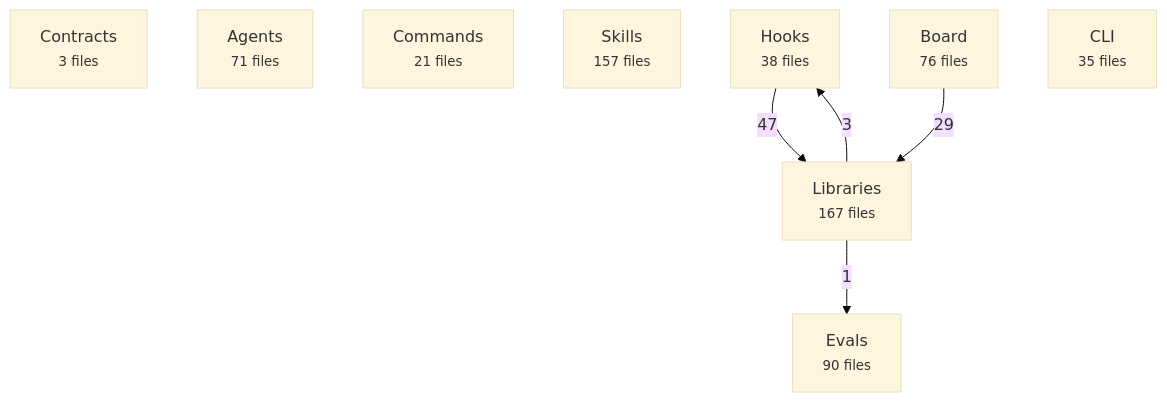
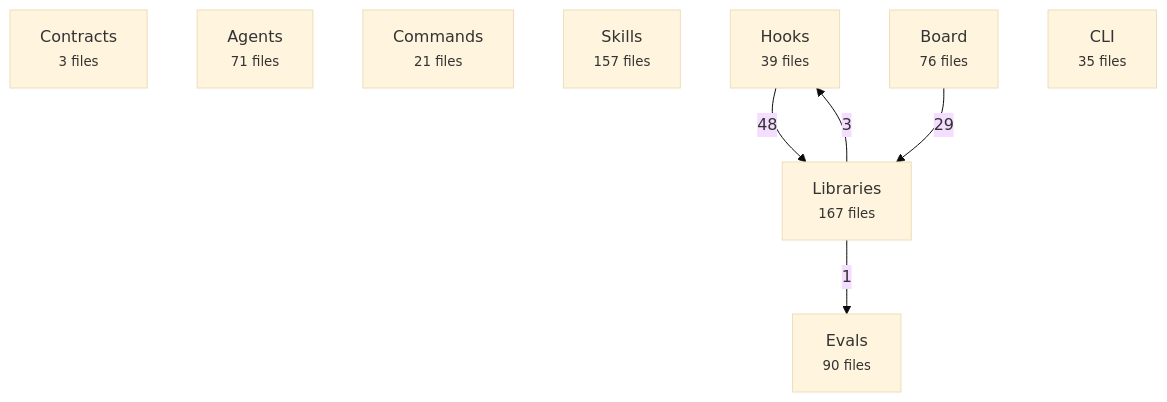
The first of 2 diagrams in docs/reference/architecture-map.md (avelikiy/great_cto), drawn with Mermaid (base theme) before and after one commit. The commit also changed other lines of this file and 4 other files, not shown here.

````diff
--- a/docs/reference/architecture-map.md
+++ b/docs/reference/architecture-map.md
@@ -20,16 +20,16 @@
 ```mermaid
 flowchart TD
   contracts["Contracts<br/><small>3 files</small>"]
   agents["Agents<br/><small>71 files</small>"]
   commands["Commands<br/><small>21 files</small>"]
   skills["Skills<br/><small>157 files</small>"]
-  hooks["Hooks<br/><small>38 files</small>"]
+  hooks["Hooks<br/><small>39 files</small>"]
   libs["Libraries<br/><small>167 files</small>"]
   board["Board<br/><small>76 files</small>"]
   cli["CLI<br/><small>35 files</small>"]
   evals["Evals<br/><small>90 files</small>"]
-  hooks -->|47| libs
+  hooks -->|48| libs
   board -->|29| libs
   libs -->|3| hooks
   libs -->|1| evals
 ```
````
